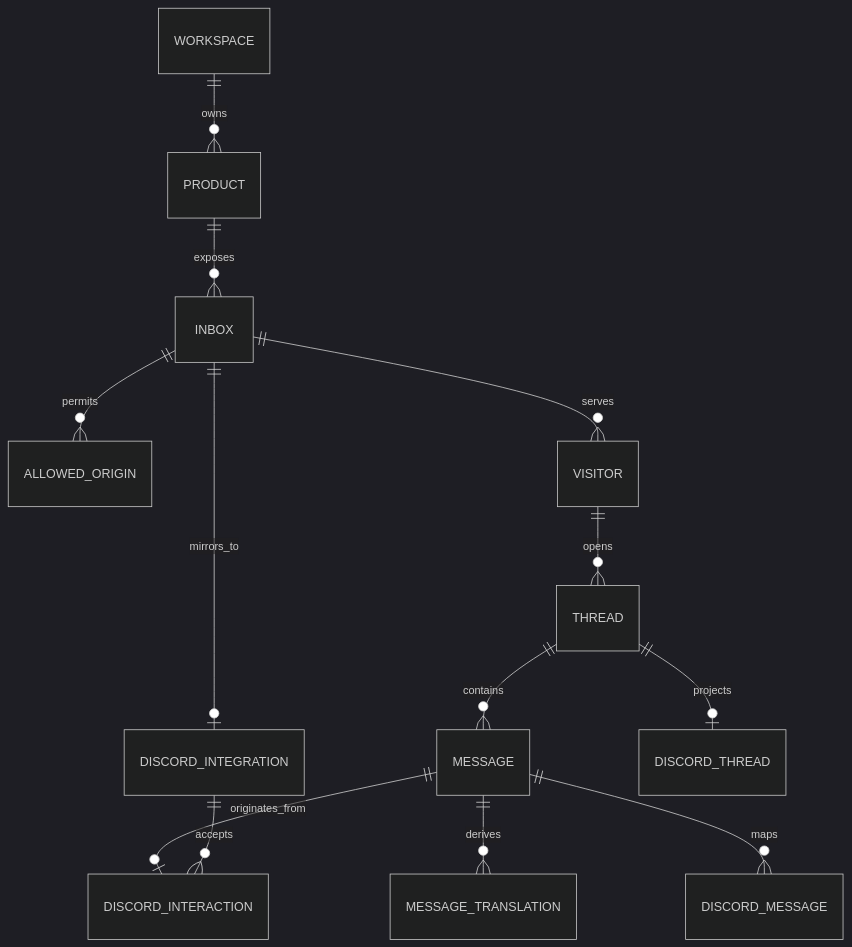
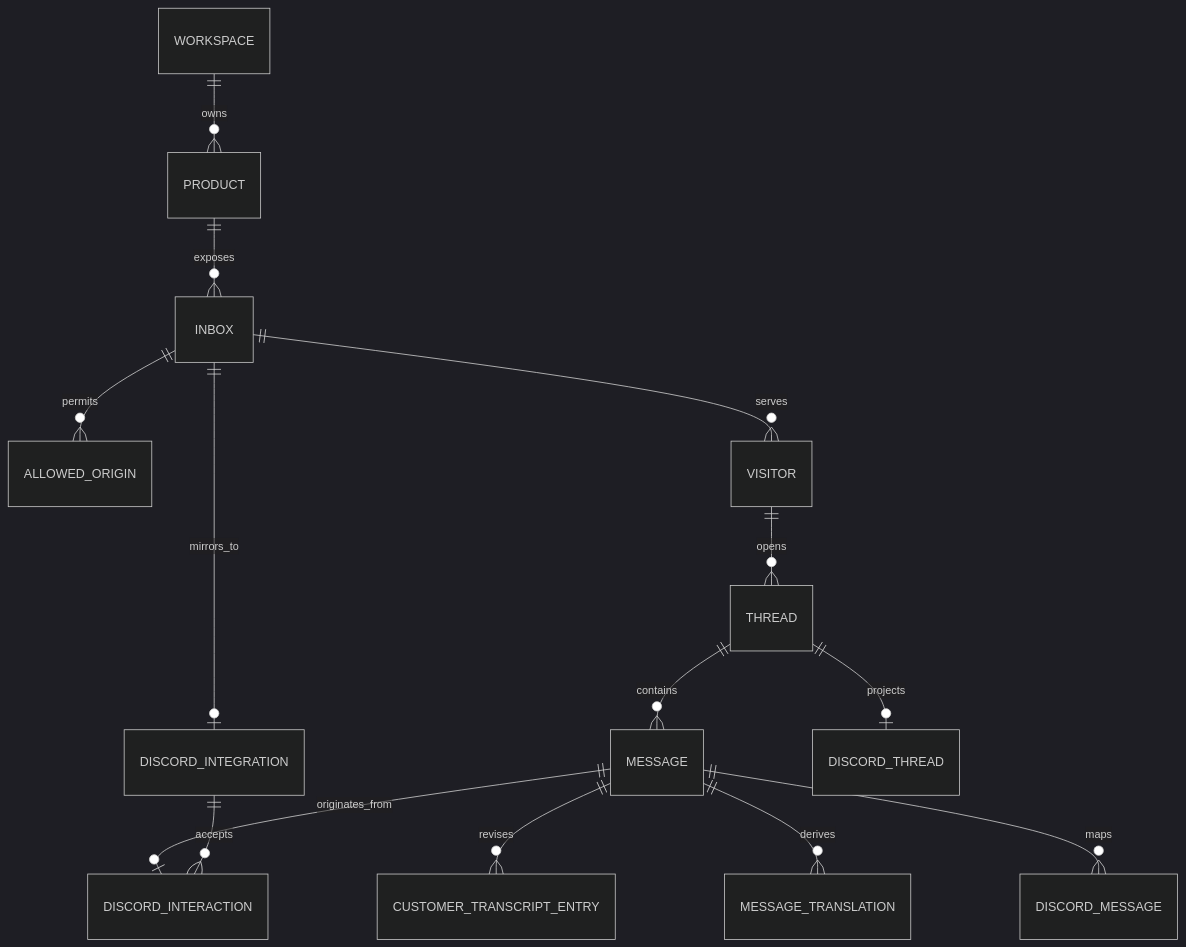
The third of 5 diagrams in docs/architecture/base-v1.md (xanthous-tech/RespondKit), drawn with Mermaid (dark theme) before and after one commit. The commit also changed other lines of this file and 1 other file, not shown here.

Commit message:
docs: align architecture with implemented MVP

````diff
--- a/docs/architecture/base-v1.md
+++ b/docs/architecture/base-v1.md
@@ -328,15 +325,16 @@
 ```mermaid
 erDiagram
   WORKSPACE ||--o{ PRODUCT : owns
   PRODUCT ||--o{ INBOX : exposes
   INBOX ||--o{ ALLOWED_ORIGIN : permits
   INBOX ||--o| DISCORD_INTEGRATION : mirrors_to
   INBOX ||--o{ VISITOR : serves
   VISITOR ||--o{ THREAD : opens
   THREAD ||--o{ MESSAGE : contains
+  MESSAGE ||--o{ CUSTOMER_TRANSCRIPT_ENTRY : revises
   MESSAGE ||--o{ MESSAGE_TRANSLATION : derives
   THREAD ||--o| DISCORD_THREAD : projects
   MESSAGE ||--o{ DISCORD_MESSAGE : maps
   MESSAGE ||--o| DISCORD_INTERACTION : originates_from
   DISCORD_INTEGRATION ||--o{ DISCORD_INTERACTION : accepts
 ```
````
